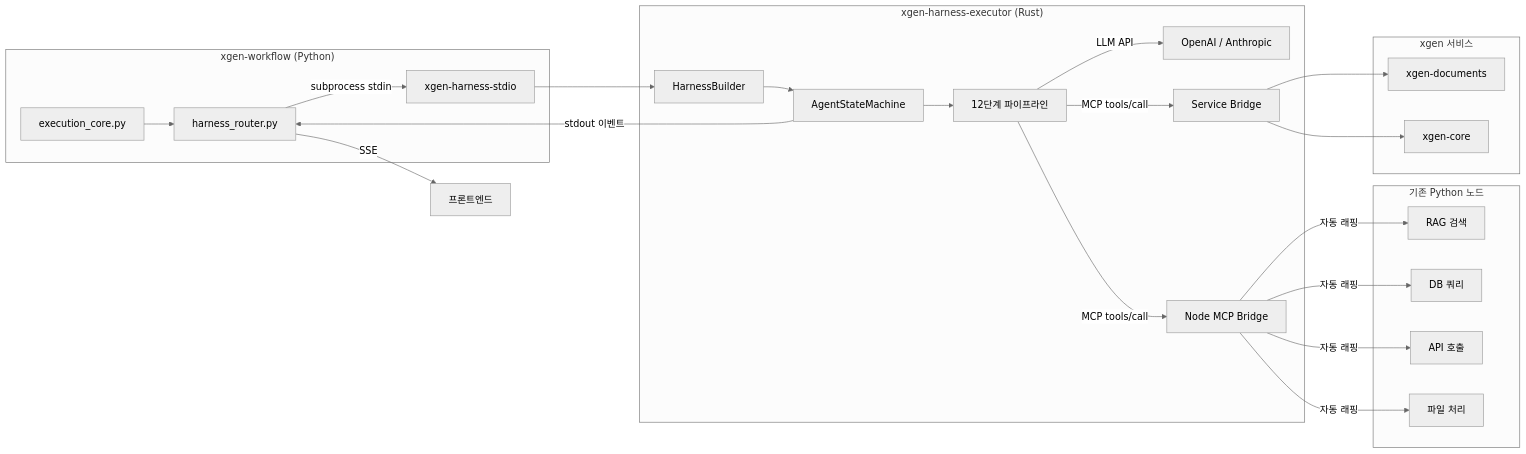
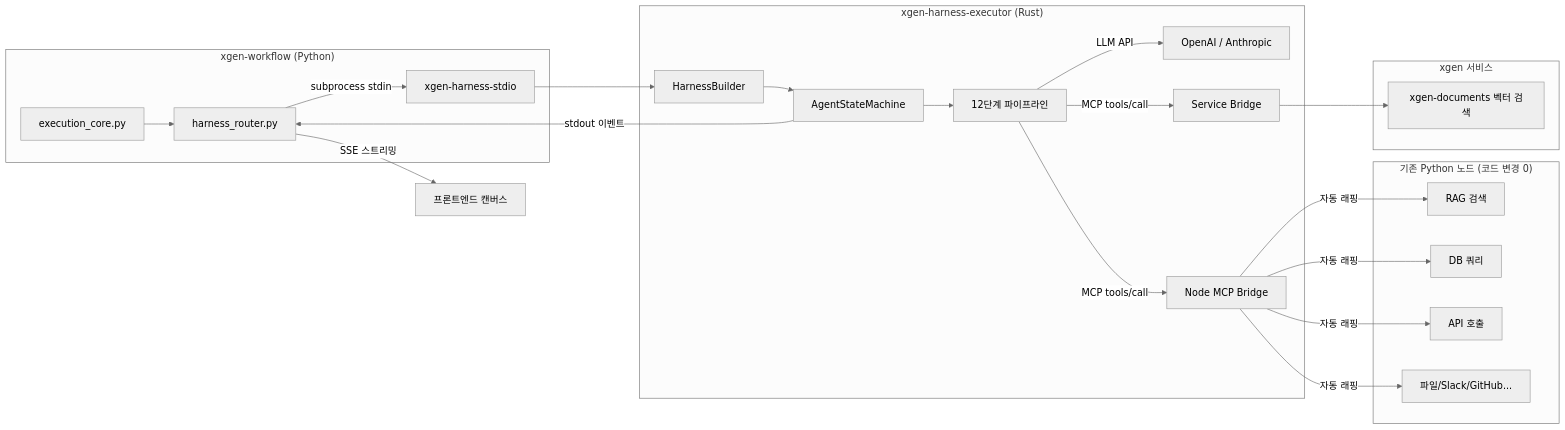
One commit to jinsoo96/xgen-harness-executor changed the first of 3 diagrams in README.md. Above: the diagram before and after it, drawn with Mermaid (neutral theme). The commit also changed other lines of this file, not shown here.

````diff
--- a/README.md
+++ b/README.md
@@ -37,31 +99,30 @@
 ```mermaid
 graph LR
     subgraph "xgen-workflow (Python)"
         A[execution_core.py] --> B[harness_router.py]
         B -->|subprocess stdin| C[xgen-harness-stdio]
     end
 
     subgraph "xgen-harness-executor (Rust)"
         C --> D[HarnessBuilder]
         D --> E[AgentStateMachine]
         E --> F[12단계 파이프라인]
         F -->|LLM API| G[OpenAI / Anthropic]
         F -->|MCP tools/call| H[Node MCP Bridge]
         F -->|MCP tools/call| I[Service Bridge]
     end
 
-    subgraph "기존 Python 노드"
+    subgraph "기존 Python 노드 (코드 변경 0)"
         H -->|자동 래핑| J[RAG 검색]
         H -->|자동 래핑| K[DB 쿼리]
         H -->|자동 래핑| L[API 호출]
-        H -->|자동 래핑| M[파일 처리]
+        H -->|자동 래핑| M[파일/Slack/GitHub...]
     end
 
     subgraph "xgen 서비스"
-        I --> N[xgen-documents]
-        I --> O[xgen-core]
+        I --> N[xgen-documents 벡터 검색]
     end
 
     E -->|stdout 이벤트| B
-    B -->|SSE| P[프론트엔드]
+    B -->|SSE 스트리밍| P[프론트엔드 캔버스]
 ```
````
